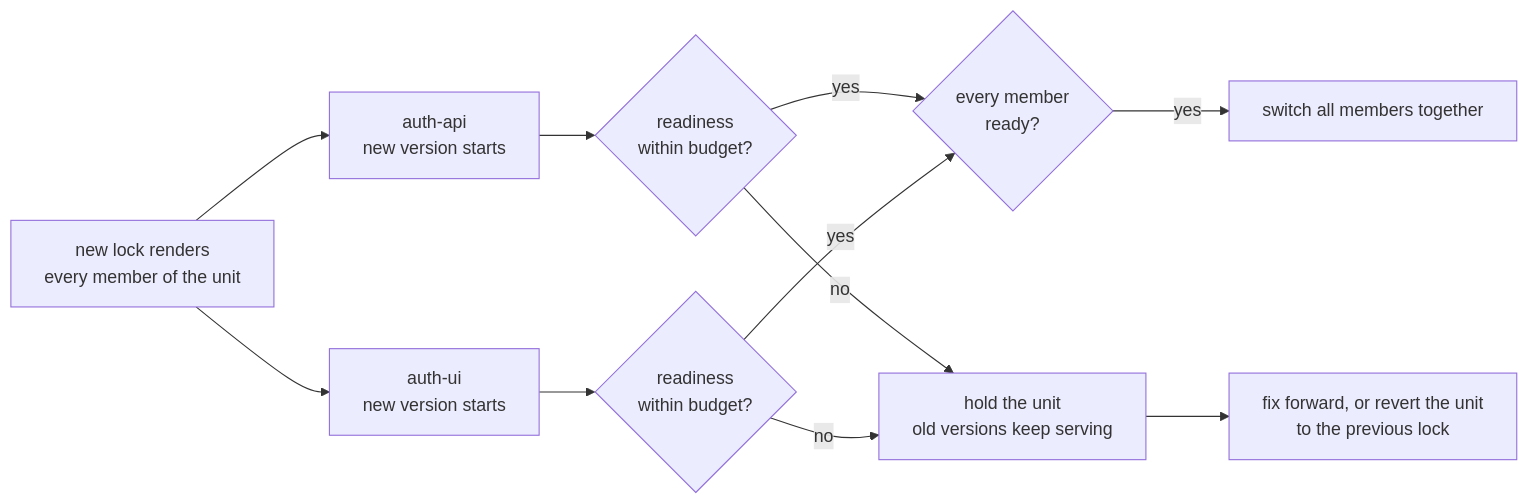
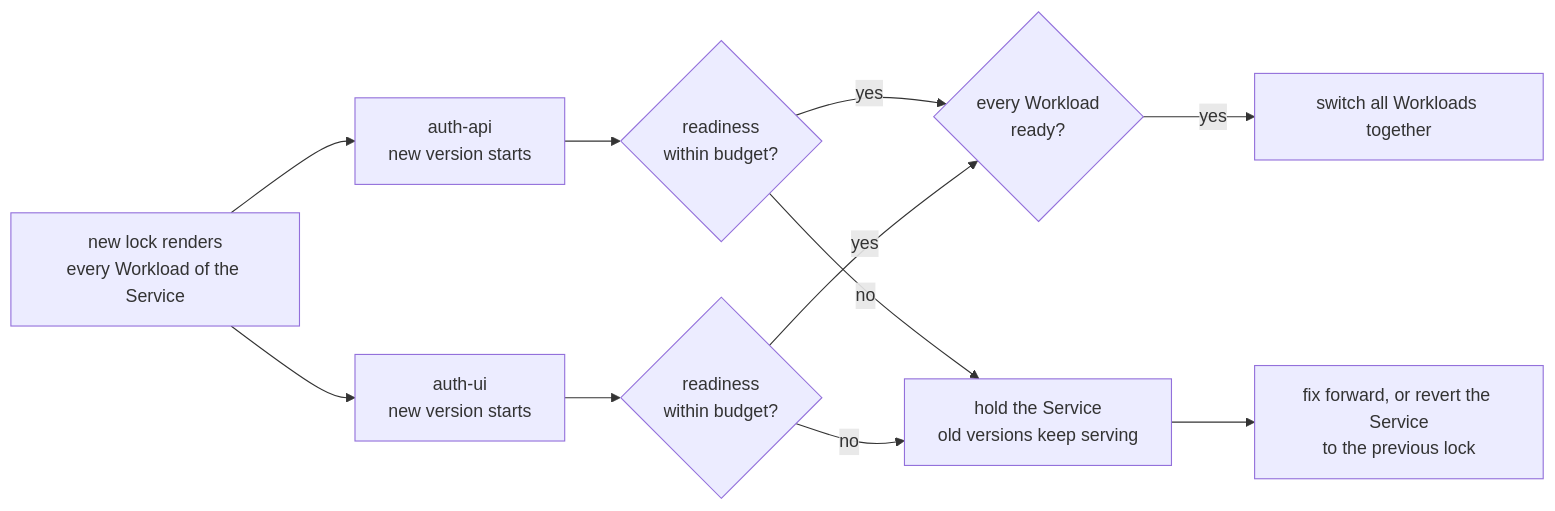
One commit to JorisJonkers-dev/deploy-kit changed the first of 2 diagrams in spec/v1/50-lifecycle.md. Above: the diagram before and after it, drawn with Mermaid. The commit also changed other lines of this file and 43 other files, not shown here.

````diff
--- a/spec/v1/50-lifecycle.md
+++ b/spec/v1/50-lifecycle.md
@@ -169,13 +173,13 @@
 ```mermaid
 flowchart LR
-    N["new lock renders<br/>every member of the unit"] --> A1["auth-api<br/>new version starts"]
+    N["new lock renders<br/>every Workload of the Service"] --> A1["auth-api<br/>new version starts"]
     N --> A2["auth-ui<br/>new version starts"]
     A1 --> P1{"readiness<br/>within budget?"}
     A2 --> P2{"readiness<br/>within budget?"}
-    P1 -->|yes| K{"every member<br/>ready?"}
+    P1 -->|yes| K{"every Workload<br/>ready?"}
     P2 -->|yes| K
-    P1 -->|no| H["hold the unit<br/>old versions keep serving"]
+    P1 -->|no| H["hold the Service<br/>old versions keep serving"]
     P2 -->|no| H
-    K -->|yes| SW["switch all members together"]
-    H --> RB["fix forward, or revert the unit<br/>to the previous lock"]
+    K -->|yes| SW["switch all Workloads together"]
+    H --> RB["fix forward, or revert the Service<br/>to the previous lock"]
 ```
````
